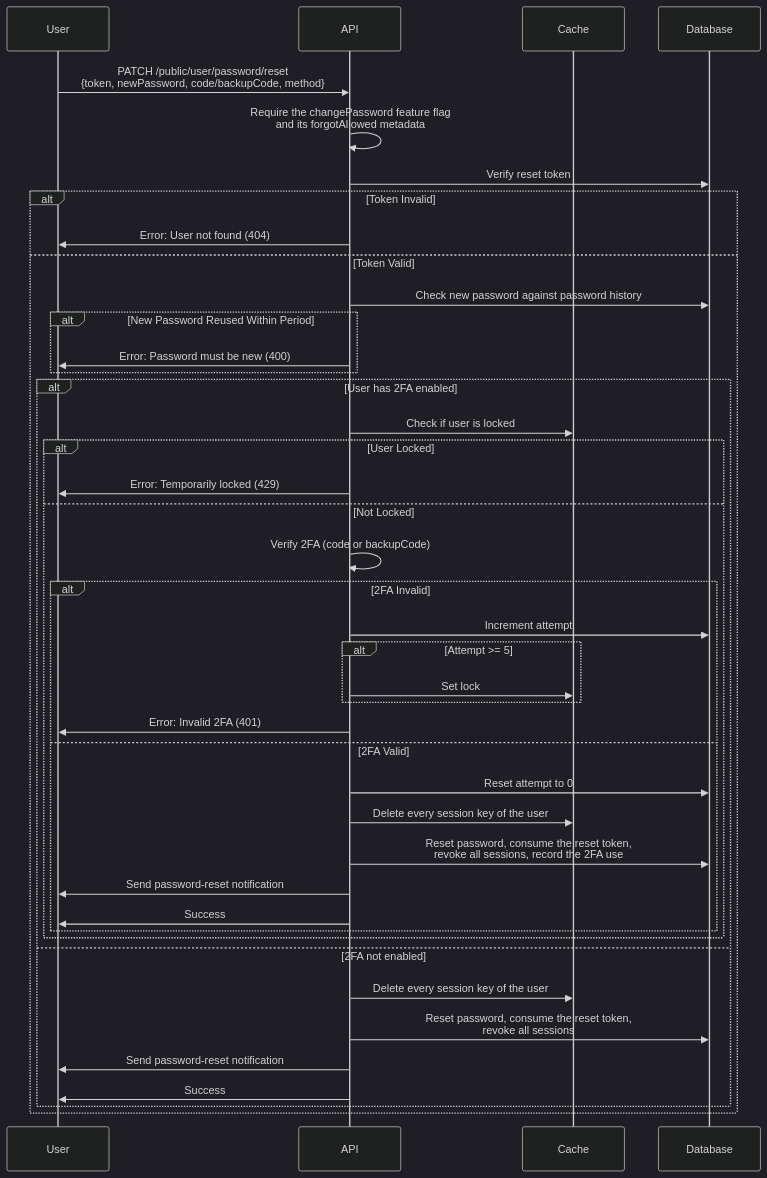
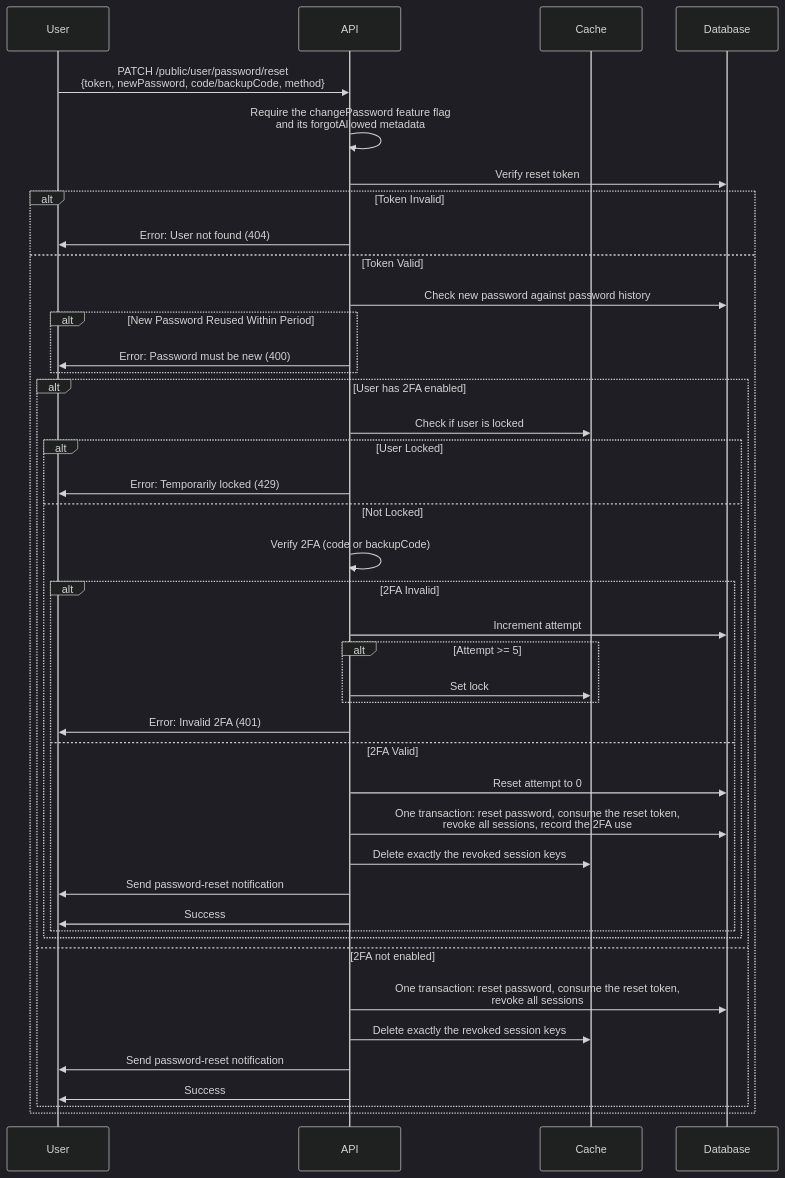
One commit to andrechristikan/ack-nestjs-boilerplate changed the eighth of 9 diagrams in docs/two-factor.md. Above: the diagram before and after it, drawn with Mermaid (dark theme). The commit also changed other lines of this file and 1013 other files, not shown here.

````diff
--- a/docs/two-factor.md
+++ b/docs/two-factor.md
@@ -445,45 +464,45 @@
 ```mermaid
 sequenceDiagram
     participant User
     participant API
     participant Cache
     participant Database
 
     User->>API: PATCH /public/user/password/reset<br/>{token, newPassword, code/backupCode, method}
     API->>API: Require the changePassword feature flag<br/>and its forgotAllowed metadata
     API->>Database: Verify reset token
     alt Token Invalid
         API->>User: Error: User not found (404)
     else Token Valid
         API->>Database: Check new password against password history
         alt New Password Reused Within Period
             API->>User: Error: Password must be new (400)
         end
         alt User has 2FA enabled
             API->>Cache: Check if user is locked
             alt User Locked
                 API->>User: Error: Temporarily locked (429)
             else Not Locked
                 API->>API: Verify 2FA (code or backupCode)
                 alt 2FA Invalid
                     API->>Database: Increment attempt
                     alt Attempt >= 5
                         API->>Cache: Set lock
                     end
                     API->>User: Error: Invalid 2FA (401)
                 else 2FA Valid
                     API->>Database: Reset attempt to 0
-                    API->>Cache: Delete every session key of the user
-                    API->>Database: Reset password, consume the reset token,<br/>revoke all sessions, record the 2FA use
+                    API->>Database: One transaction: reset password, consume the reset token,<br/>revoke all sessions, record the 2FA use
+                    API->>Cache: Delete exactly the revoked session keys
                     API->>User: Send password-reset notification
                     API->>User: Success
                 end
             end
         else 2FA not enabled
-            API->>Cache: Delete every session key of the user
-            API->>Database: Reset password, consume the reset token,<br/>revoke all sessions
+            API->>Database: One transaction: reset password, consume the reset token,<br/>revoke all sessions
+            API->>Cache: Delete exactly the revoked session keys
             API->>User: Send password-reset notification
             API->>User: Success
         end
     end
 ```
````
